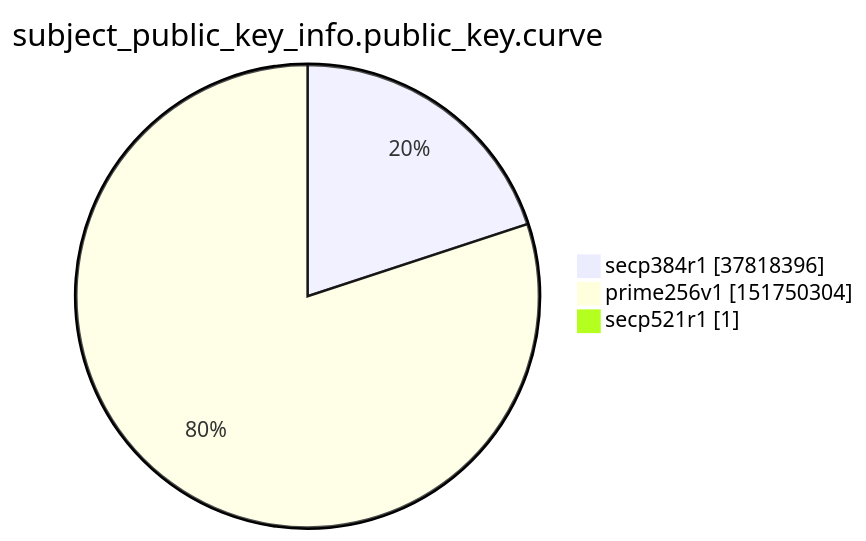
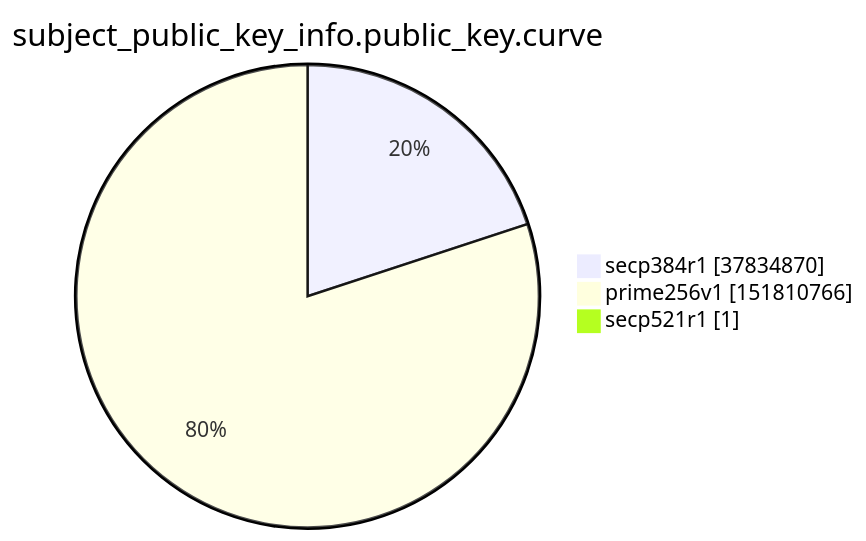
The ninth of 15 diagrams in xenon2022/README.md (christiankrug/ctmonitor_visualization), drawn with Mermaid before and after one commit. The commit also changed other lines of this file, not shown here.

````diff
--- a/xenon2022/README.md
+++ b/xenon2022/README.md
@@ -2860,7 +2860,7 @@
 ```mermaid
 pie showData
 title subject_public_key_info.public_key.curve
-"secp384r1" :37818396
-"prime256v1" :151750304
+"secp384r1" :37834870
+"prime256v1" :151810766
 "secp521r1" :1
 ```
````
